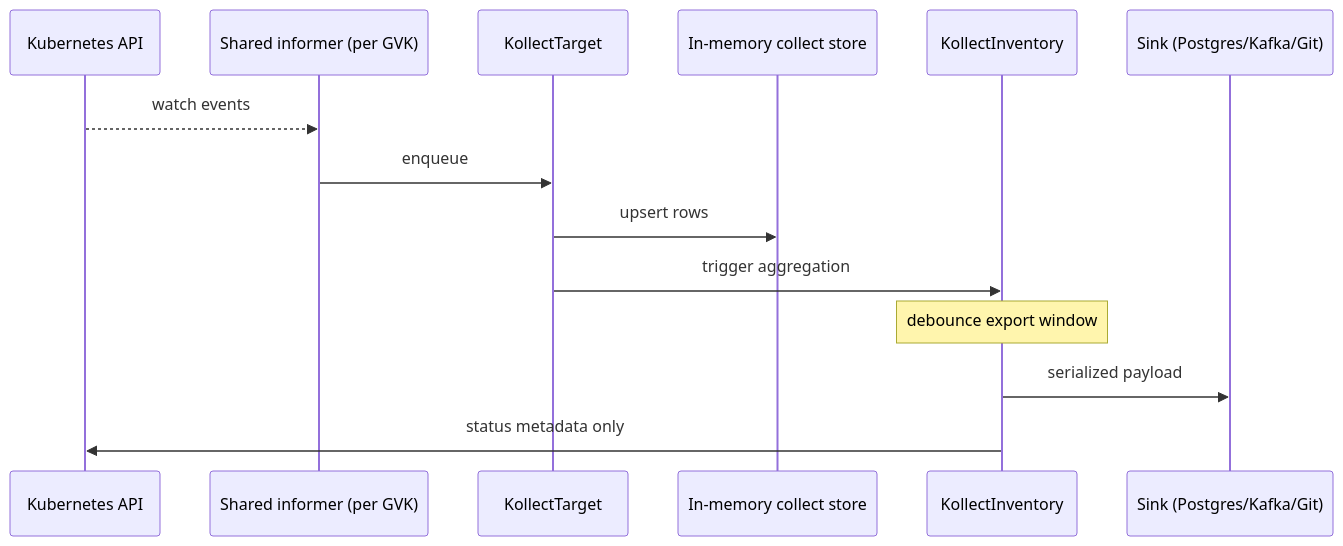
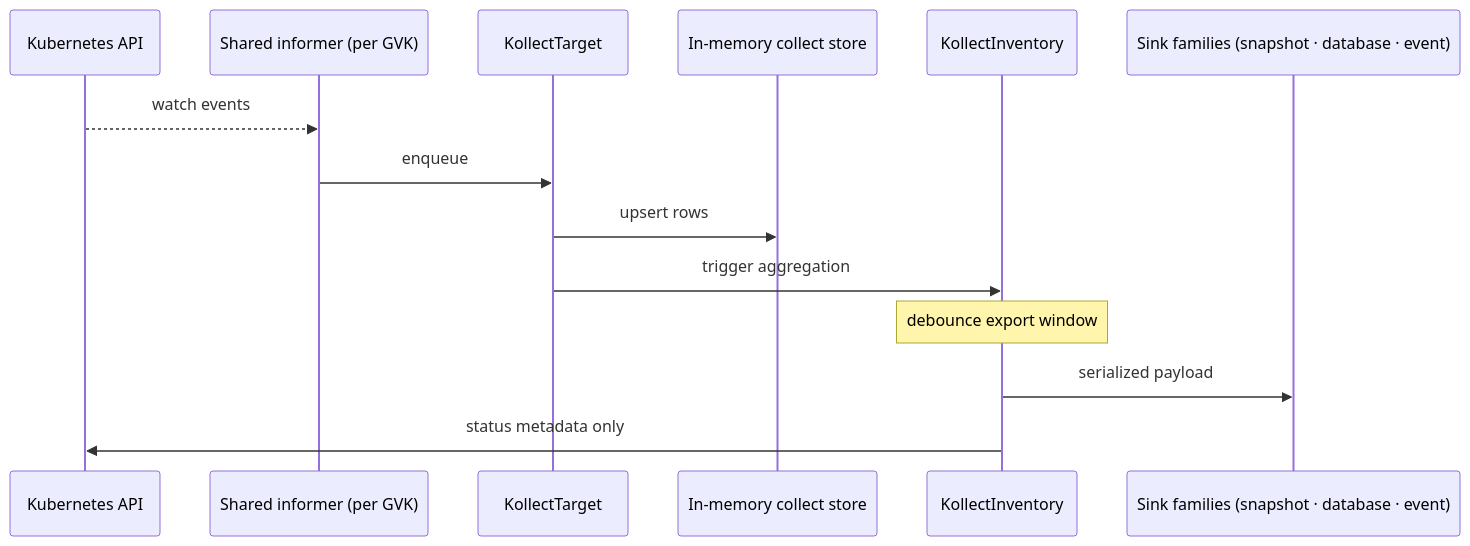
Before and after one commit to PlatformRelay/Kollect: the second of 2 diagrams in docs/ARCHITECTURE.md, drawn with Mermaid. The commit also changed other lines of this file and 16 other files, not shown here.

````diff
--- a/docs/ARCHITECTURE.md
+++ b/docs/ARCHITECTURE.md
@@ -107,17 +107,17 @@
 ```mermaid
 sequenceDiagram
   participant API as Kubernetes API
   participant Inf as Shared informer (per GVK)
   participant Tgt as KollectTarget
   participant Store as In-memory collect store
   participant Inv as KollectInventory
-  participant Sink as Sink (Postgres/Kafka/Git)
+  participant Sink as Sink families (snapshot · database · event)
 
   API-->>Inf: watch events
   Inf->>Tgt: enqueue
   Tgt->>Store: upsert rows
   Tgt->>Inv: trigger aggregation
   Note over Inv: debounce export window
   Inv->>Sink: serialized payload
   Inv->>API: status metadata only
 ```
````
